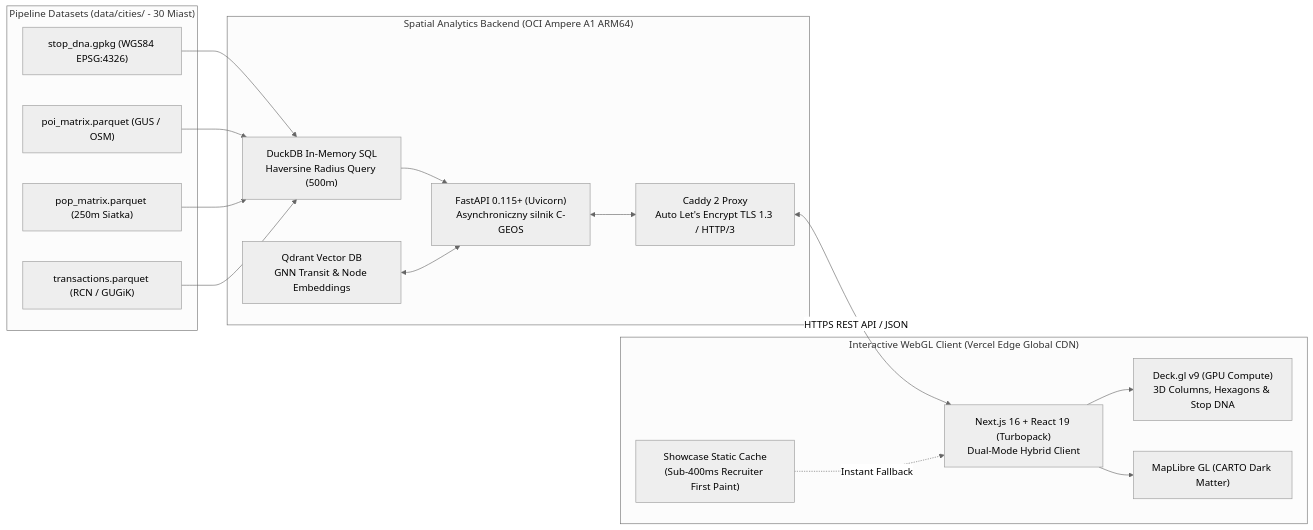
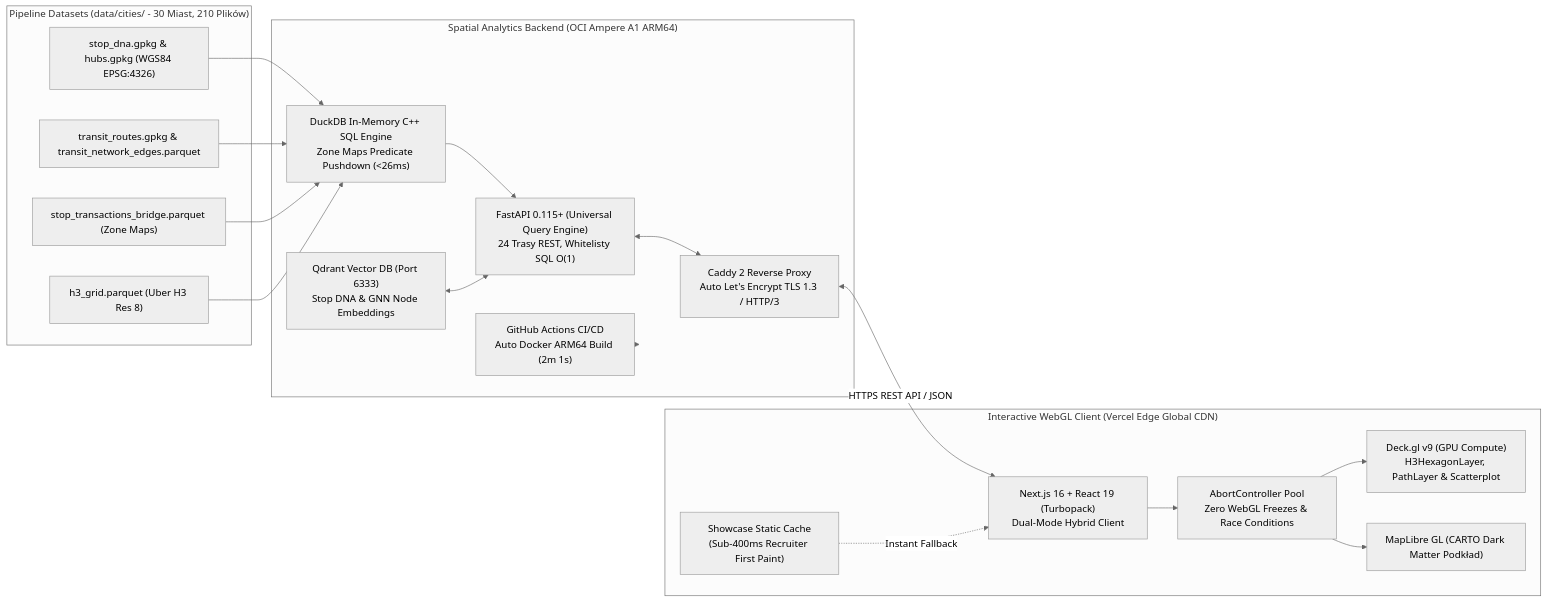
Before and after one commit to Gzyms69/busos: the second of 2 diagrams in README.md, drawn with Mermaid (neutral theme). The commit also changed other lines of this file and 4 other files, not shown here.

````diff
--- a/README.md
+++ b/README.md
@@ -157,30 +175,33 @@
 ```mermaid
 flowchart LR
-    subgraph Storage["Pipeline Datasets (data/cities/ - 30 Miast)"]
-        GPKG["stop_dna.gpkg (WGS84 EPSG:4326)"]
-        POI["poi_matrix.parquet (GUS / OSM)"]
-        POP["pop_matrix.parquet (250m Siatka)"]
-        TX["transactions.parquet (RCN / GUGiK)"]
+    subgraph Storage["Pipeline Datasets (data/cities/ - 30 Miast, 210 Plików)"]
+        GPKG["stop_dna.gpkg & hubs.gpkg (WGS84 EPSG:4326)"]
+        ROUTES["transit_routes.gpkg & transit_network_edges.parquet"]
+        BRIDGE["stop_transactions_bridge.parquet (Zone Maps)"]
+        H3["h3_grid.parquet (Uber H3 Res 8)"]
     end
 
     subgraph Backend["Spatial Analytics Backend (OCI Ampere A1 ARM64)"]
-        CADDY["Caddy 2 Proxy<br/>Auto Let's Encrypt TLS 1.3 / HTTP/3"]
-        FASTAPI["FastAPI 0.115+ (Uvicorn)<br/>Asynchroniczny silnik C-GEOS"]
-        DUCK["DuckDB In-Memory SQL<br/>Haversine Radius Query (500m)"]
-        QDRANT["Qdrant Vector DB<br/>GNN Transit & Node Embeddings"]
+        CICD["GitHub Actions CI/CD<br/>Auto Docker ARM64 Build (2m 1s)"]
+        CADDY["Caddy 2 Reverse Proxy<br/>Auto Let's Encrypt TLS 1.3 / HTTP/3"]
+        FASTAPI["FastAPI 0.115+ (Universal Query Engine)<br/>24 Trasy REST, Whitelisty SQL O(1)"]
+        DUCK["DuckDB In-Memory C++ SQL Engine<br/>Zone Maps Predicate Pushdown (<26ms)"]
+        QDRANT["Qdrant Vector DB (Port 6333)<br/>Stop DNA & GNN Node Embeddings"]
     end
 
     subgraph Frontend["Interactive WebGL Client (Vercel Edge Global CDN)"]
         CLIENT["Next.js 16 + React 19 (Turbopack)<br/>Dual-Mode Hybrid Client"]
         CACHE["Showcase Static Cache<br/>(Sub-400ms Recruiter First Paint)"]
-        DECK["Deck.gl v9 (GPU Compute)<br/>3D Columns, Hexagons & Stop DNA"]
-        MAP["MapLibre GL (CARTO Dark Matter)"]
+        DECK["Deck.gl v9 (GPU Compute)<br/>H3HexagonLayer, PathLayer & Scatterplot"]
+        MAP["MapLibre GL (CARTO Dark Matter Podkład)"]
+        ABORT["AbortController Pool<br/>Zero WebGL Freezes & Race Conditions"]
     end
 
-    GPKG & POI & POP & TX --> DUCK --> FASTAPI
+    CICD --> Backend
+    GPKG & ROUTES & BRIDGE & H3 --> DUCK --> FASTAPI
     QDRANT <--> FASTAPI
     FASTAPI <--> CADDY
     CADDY <-->|HTTPS REST API / JSON| CLIENT
     CACHE -.->|Instant Fallback| CLIENT
-    CLIENT --> DECK & MAP
+    CLIENT --> ABORT --> DECK & MAP
 ```
````
